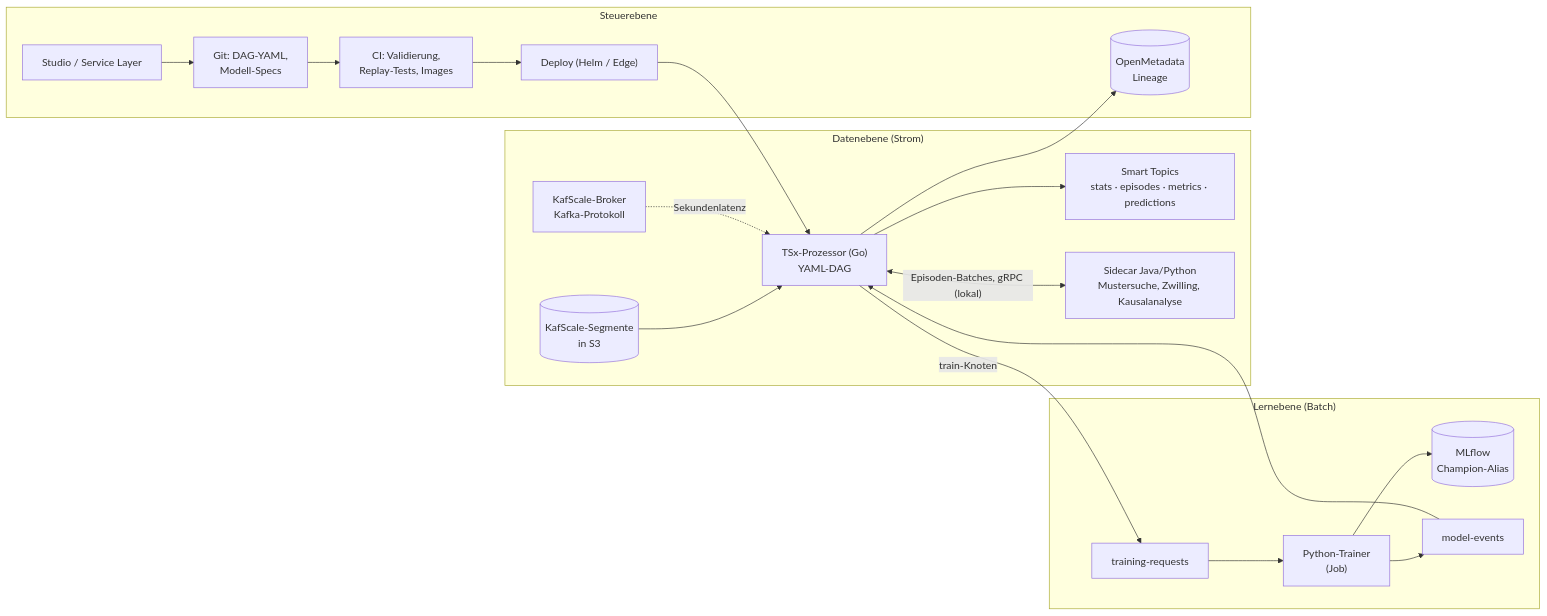
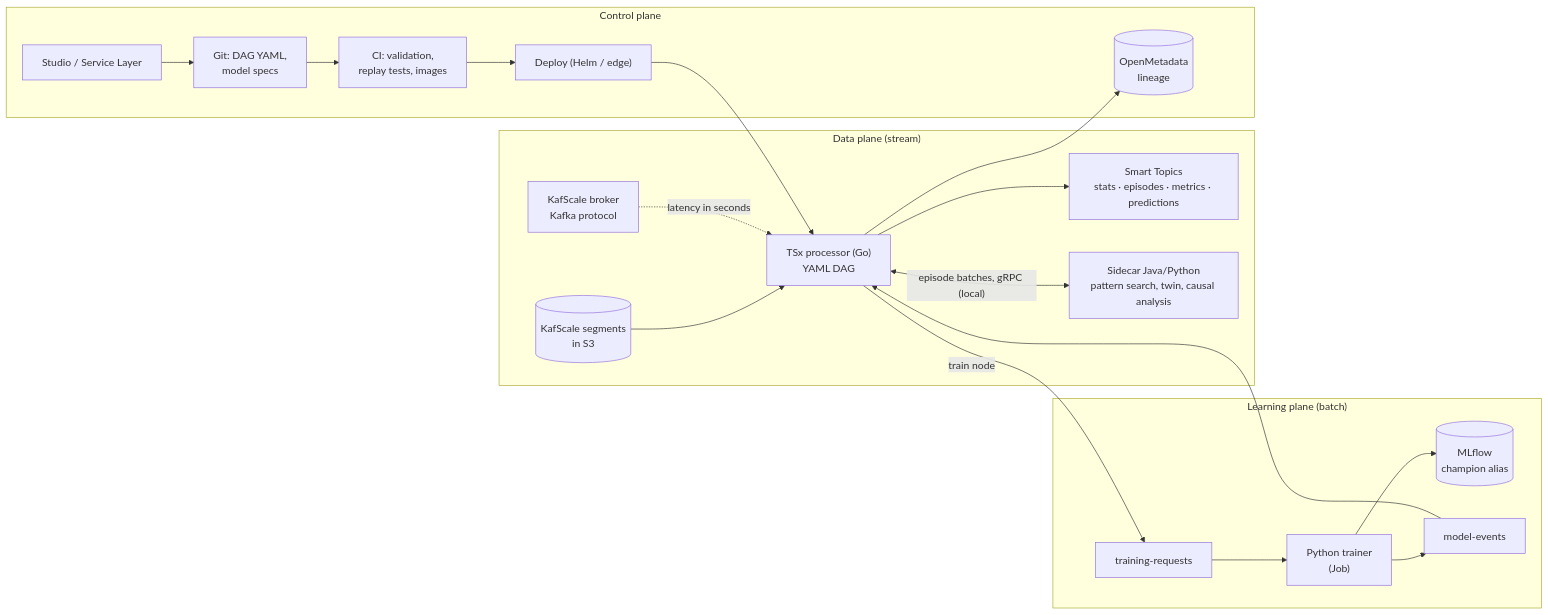
One commit to kamir/OpenTSx changed the diagram in docs/datamodel-2026/11-SMART-TOPIC-PROZESSOR-DEVOPS.md. Above: the diagram before and after it, drawn with Mermaid. The commit also changed other lines of this file and 6 other files, not shown here.

````diff
--- a/docs/datamodel-2026/11-SMART-TOPIC-PROZESSOR-DEVOPS.md
+++ b/docs/datamodel-2026/11-SMART-TOPIC-PROZESSOR-DEVOPS.md
@@ -79,24 +85,24 @@
 ```mermaid
 flowchart LR
-  subgraph DP["Datenebene (Strom)"]
-    S3[("KafScale-Segmente<br/>in S3")] --> GO["TSx-Prozessor (Go)<br/>YAML-DAG"]
-    BR["KafScale-Broker<br/>Kafka-Protokoll"] -. "Sekundenlatenz" .-> GO
+  subgraph DP["Data plane (stream)"]
+    S3[("KafScale segments<br/>in S3")] --> GO["TSx processor (Go)<br/>YAML DAG"]
+    BR["KafScale broker<br/>Kafka protocol"] -. "latency in seconds" .-> GO
     GO --> OUT["Smart Topics<br/>stats · episodes · metrics · predictions"]
-    GO <-- "Episoden-Batches, gRPC (lokal)" --> SC["Sidecar Java/Python<br/>Mustersuche, Zwilling, Kausalanalyse"]
+    GO <-- "episode batches, gRPC (local)" --> SC["Sidecar Java/Python<br/>pattern search, twin, causal analysis"]
   end
-  subgraph LP["Lernebene (Batch)"]
-    REQ["training-requests"] --> TR["Python-Trainer<br/>(Job)"]
-    TR --> ML[("MLflow<br/>Champion-Alias")]
+  subgraph LP["Learning plane (batch)"]
+    REQ["training-requests"] --> TR["Python trainer<br/>(Job)"]
+    TR --> ML[("MLflow<br/>champion alias")]
     TR --> EV["model-events"]
   end
-  subgraph CP["Steuerebene"]
-    GIT["Git: DAG-YAML,<br/>Modell-Specs"] --> CI["CI: Validierung,<br/>Replay-Tests, Images"]
-    CI --> DEP["Deploy (Helm / Edge)"]
+  subgraph CP["Control plane"]
+    GIT["Git: DAG YAML,<br/>model specs"] --> CI["CI: validation,<br/>replay tests, images"]
+    CI --> DEP["Deploy (Helm / edge)"]
     ST["Studio / Service Layer"] --> GIT
-    OM[("OpenMetadata<br/>Lineage")]
+    OM[("OpenMetadata<br/>lineage")]
   end
-  GO -- "train-Knoten" --> REQ
+  GO -- "train node" --> REQ
   EV --> GO
   DEP --> GO
   GO --> OM
 ```
````
